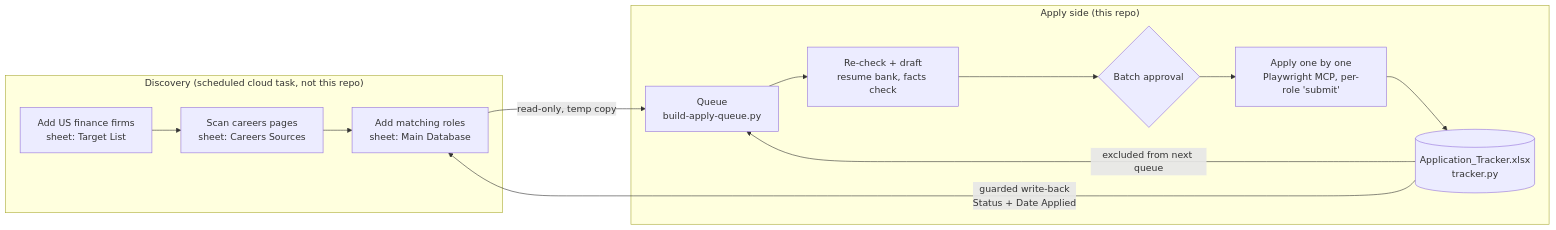
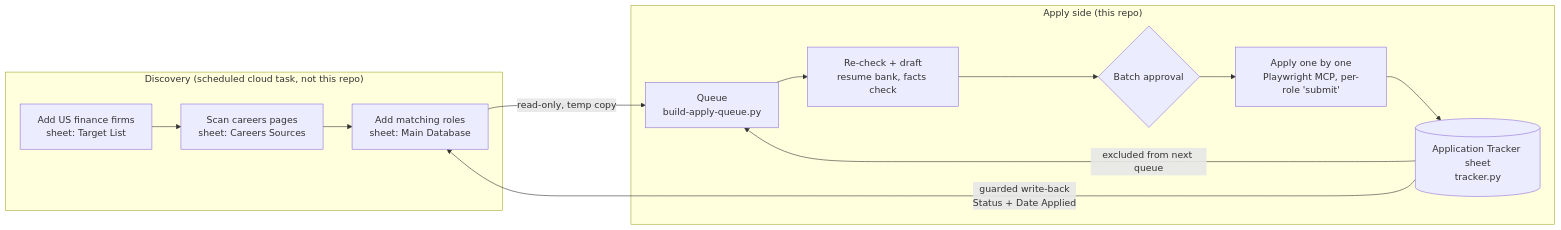
One commit to sidster27/job-apply-ai changed the diagram in docs/pipeline.md. Above: the diagram before and after it, drawn with Mermaid. The commit also changed other lines of this file and 4 other files, not shown here.

First line of the commit message:
Docs and rules: one workbook, Application Tracker sheet, handoff.md ignored

````diff
--- a/docs/pipeline.md
+++ b/docs/pipeline.md
@@ -3,16 +3,16 @@
 ```mermaid
 flowchart LR
     subgraph Discovery["Discovery (scheduled cloud task, not this repo)"]
         A[Add US finance firms<br/>sheet: Target List] --> B[Scan careers pages<br/>sheet: Careers Sources]
         B --> C[Add matching roles<br/>sheet: Main Database]
     end
     subgraph Apply["Apply side (this repo)"]
         D[Queue<br/>build-apply-queue.py] --> E[Re-check + draft<br/>resume bank, facts check]
         E --> F{Batch approval}
         F --> G[Apply one by one<br/>Playwright MCP, per-role 'submit']
-        G --> H[(Application_Tracker.xlsx<br/>tracker.py)]
+        G --> H[(Application Tracker sheet<br/>tracker.py)]
     end
     C -->|read-only, temp copy| D
     H -->|excluded from next queue| D
     H -->|guarded write-back<br/>Status + Date Applied| C
 ```
````
